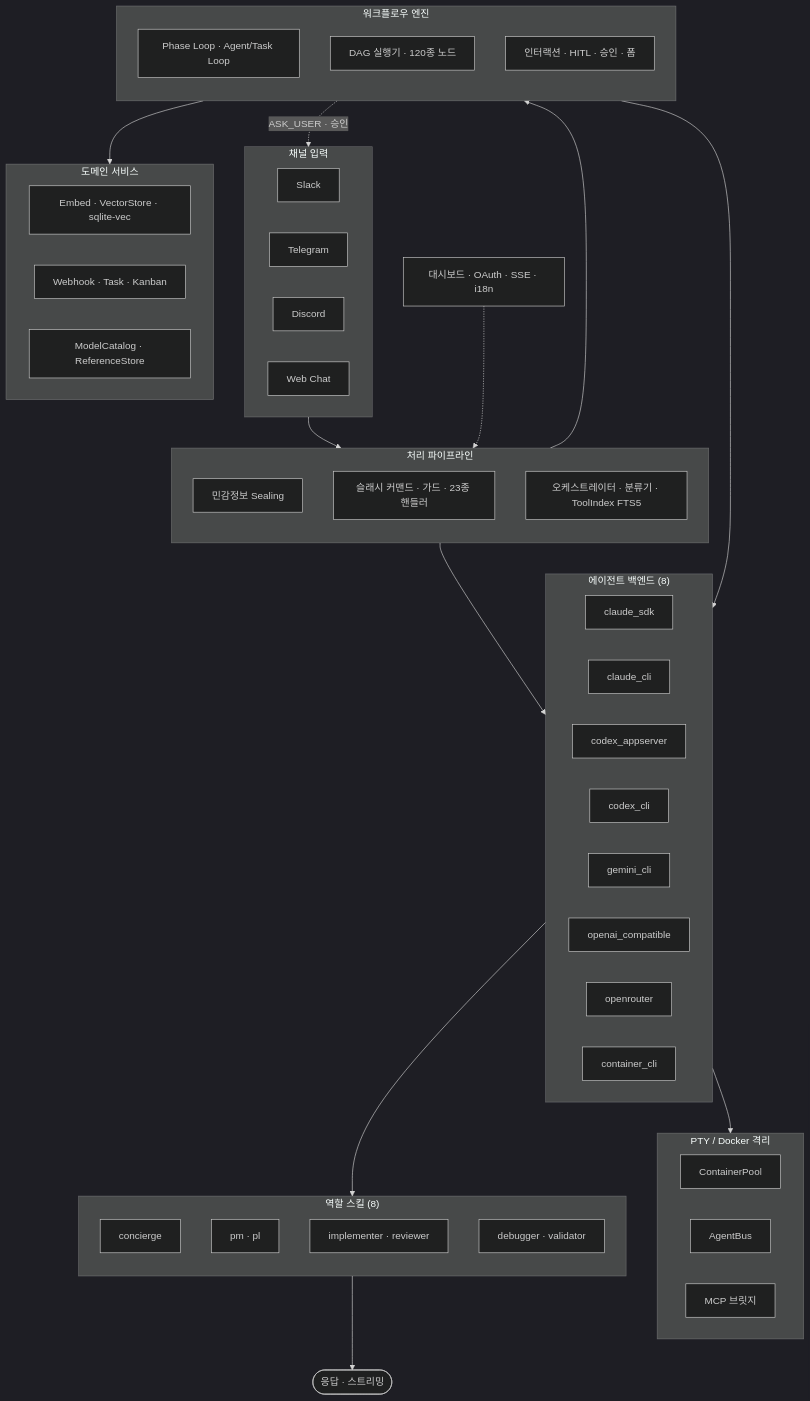
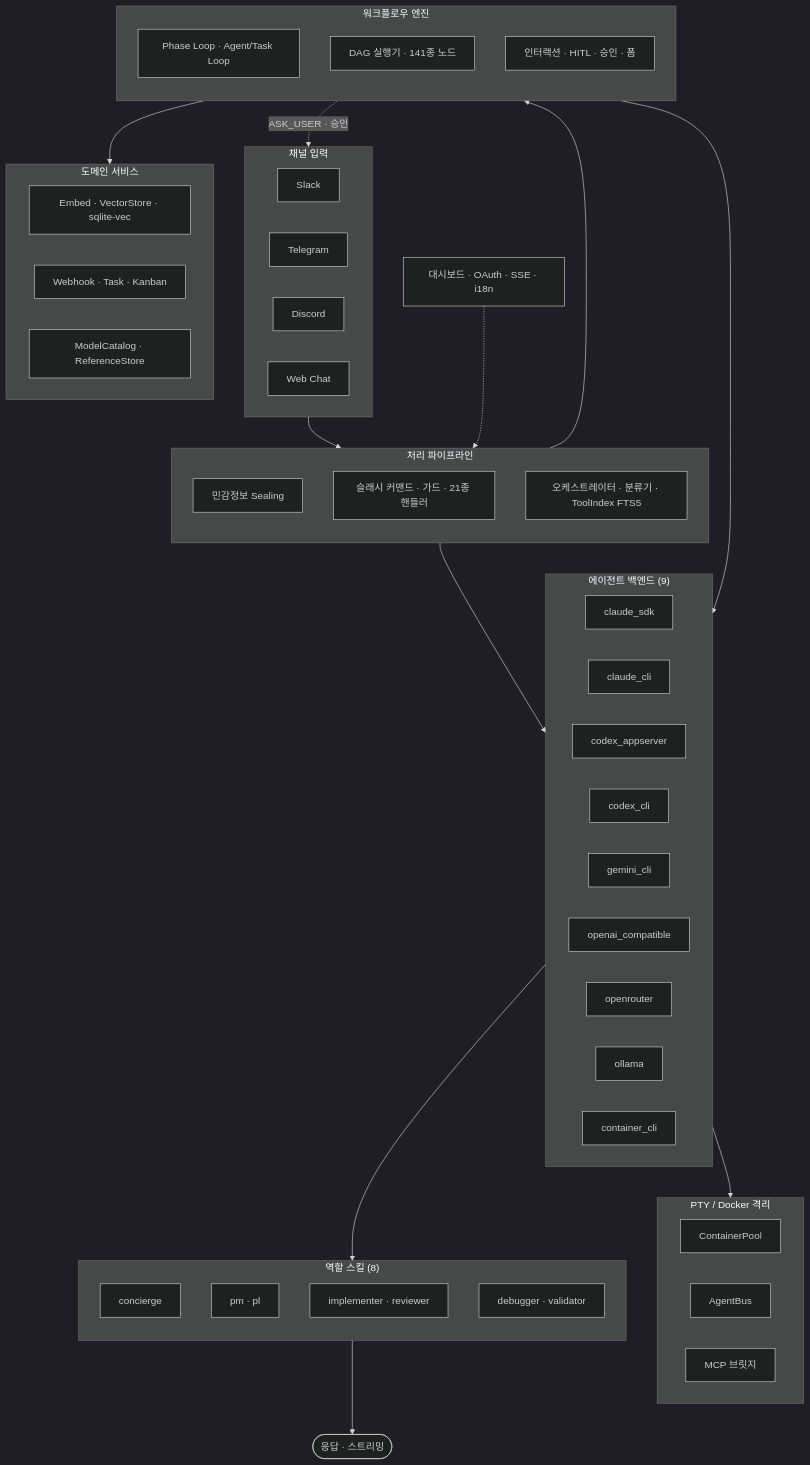
The first of 3 diagrams in docs/README.ko.md (berrzebb/SoulFlow-Orchestrator), drawn with Mermaid (dark theme) before and after one commit. The commit also changed other lines of this file and 3 other files, not shown here.

First line of the commit message:
docs: README 수치 최신화 + ollama 백엔드 추가

````diff
--- a/docs/README.ko.md
+++ b/docs/README.ko.md
@@ -33,71 +33,72 @@
 ```mermaid
 flowchart TD
     subgraph Channels["채널 입력"]
         direction LR
         SL[Slack]
         TG[Telegram]
         DS[Discord]
         WEB[Web Chat]
     end
 
     subgraph Pipeline["처리 파이프라인"]
         direction TB
         SEAL[민감정보 Sealing]
-        CMD[슬래시 커맨드 · 가드 · 23종 핸들러]
+        CMD[슬래시 커맨드 · 가드 · 21종 핸들러]
         ORCH[오케스트레이터 · 분류기 · ToolIndex FTS5]
     end
 
-    subgraph Backends["에이전트 백엔드 (8)"]
+    subgraph Backends["에이전트 백엔드 (9)"]
         direction LR
         CSDK[claude_sdk]
         CCLI[claude_cli]
         CAPPS[codex_appserver]
         CCLIX[codex_cli]
         GCLI[gemini_cli]
         OAI[openai_compatible]
         ORT[openrouter]
+        OLL[ollama]
         CTR[container_cli]
     end
 
     subgraph Workflows["워크플로우 엔진"]
         direction TB
         PL[Phase Loop · Agent/Task Loop]
-        DAG[DAG 실행기 · 120종 노드]
+        DAG[DAG 실행기 · 141종 노드]
         INTERACT[인터랙션 · HITL · 승인 · 폼]
     end
 
     subgraph PTY["PTY / Docker 격리"]
         direction LR
         POOL[ContainerPool]
         BUS[AgentBus]
         BRIDGE[MCP 브릿지]
     end
 
     subgraph Skills["역할 스킬 (8)"]
         direction TB
         BT[concierge]
         PM[pm · pl]
         IMPL[implementer · reviewer]
         DBG[debugger · validator]
     end
 
     subgraph Services["도메인 서비스"]
         direction LR
         EMBED[Embed · VectorStore · sqlite-vec]
         WEBHOOK[Webhook · Task · Kanban]
         CATALOG[ModelCatalog · ReferenceStore]
     end
 
     DASH[대시보드 · OAuth · SSE · i18n]
 
     Channels --> Pipeline
     Pipeline --> Backends
     Pipeline --> Workflows
     Workflows --> Backends
     INTERACT -.->|ASK_USER · 승인| Channels
     CTR --> PTY
     Backends --> Skills
     Skills --> OUT([응답 · 스트리밍])
     Workflows --> Services
     DASH -.-> Pipeline
 ```
````
